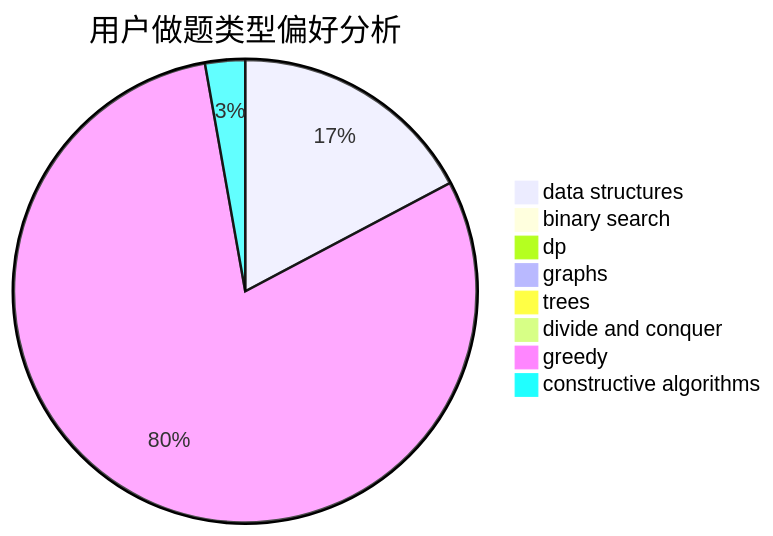
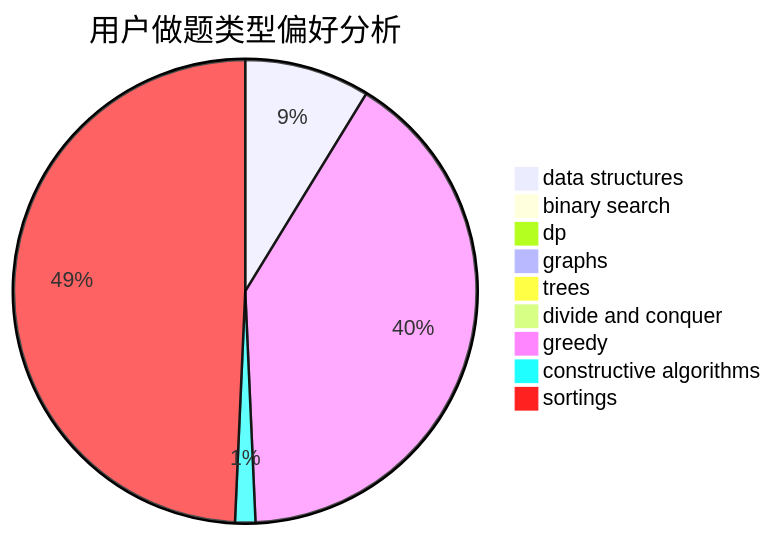
The second of 3 diagrams in docs/user/u10.md (sherpahu/cfrs.github.io), drawn with Mermaid before and after one commit. The commit also changed other lines of this file and 2769 other files, not shown here.

````diff
--- a/docs/user/u10.md
+++ b/docs/user/u10.md
@@ -23,11 +18,12 @@
 ```mermaid
 pie title 用户做题类型偏好分析
     "data structures" :  68
     "binary search" :  0
     "dp" :  0
     "graphs" :  1
     "trees" :  0
     "divide and conquer" :  0
     "greedy" :  315
     "constructive algorithms" :  11
+    "sortings" :  383
 ```
````
